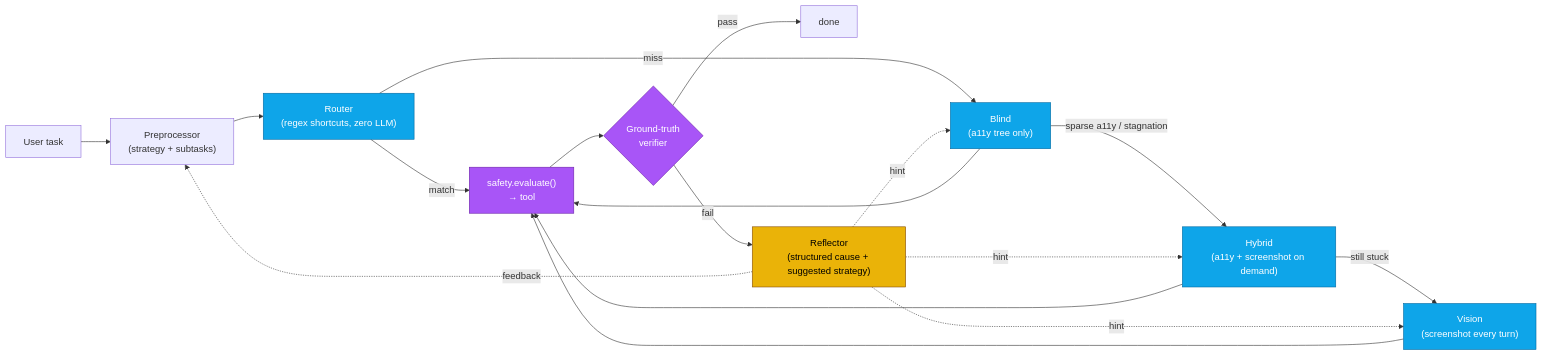
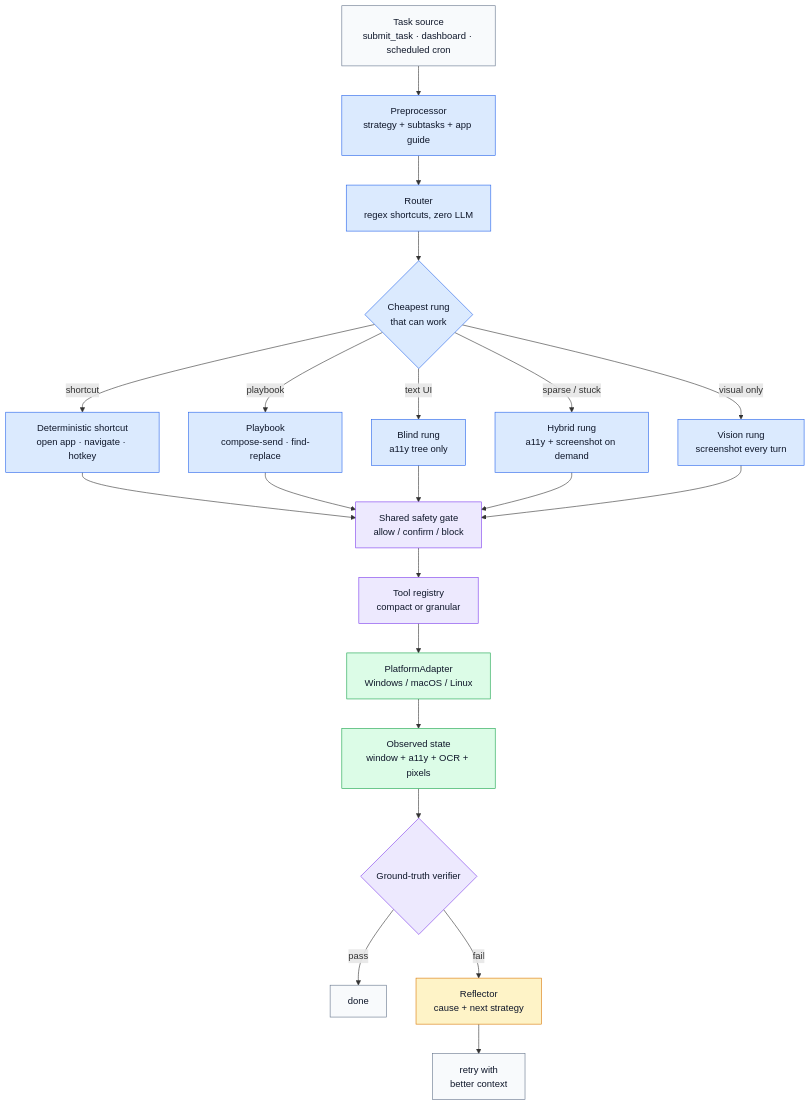
One commit to itsuzef/clawd-cursor changed the first of 2 diagrams in README.md. Above: the diagram before and after it, drawn with Mermaid. The commit also changed other lines of this file and 1 other file, not shown here.

First line of the commit message:
docs: reposition as local MCP server for safe desktop control (#93)

````diff
--- a/README.md
+++ b/README.md
@@ -138,26 +160,38 @@
 ```mermaid
-flowchart LR
-    user["User task"] --> pre["Preprocessor<br/>(strategy + subtasks)"]
-    pre --> router["Router<br/>(regex shortcuts, zero LLM)"]
-    router -- match --> tool["safety.evaluate()<br/>→ tool"]
-    router -- miss --> blind["Blind<br/>(a11y tree only)"]
-    blind --> tool
-    blind -- sparse a11y / stagnation --> hybrid["Hybrid<br/>(a11y + screenshot on demand)"]
-    hybrid --> tool
-    hybrid -- still stuck --> vision["Vision<br/>(screenshot every turn)"]
-    vision --> tool
-    tool --> verifier{"Ground-truth<br/>verifier"}
+flowchart TB
+    user["Task source<br/>submit_task · dashboard · scheduled cron"] --> pre["Preprocessor<br/>strategy + subtasks + app guide"]
+    pre --> router["Router<br/>regex shortcuts, zero LLM"]
+    router --> pick{"Cheapest rung<br/>that can work"}
+
+    pick -- shortcut --> shortcut["Deterministic shortcut<br/>open app · navigate · hotkey"]
+    pick -- playbook --> playbook["Playbook<br/>compose-send · find-replace"]
+    pick -- text UI --> blind["Blind rung<br/>a11y tree only"]
+    pick -- sparse / stuck --> hybrid["Hybrid rung<br/>a11y + screenshot on demand"]
+    pick -- visual only --> vision["Vision rung<br/>screenshot every turn"]
+
+    shortcut --> safety
+    playbook --> safety
+    blind --> safety
+    hybrid --> safety
+    vision --> safety
+
+    safety["Shared safety gate<br/>allow / confirm / block"] --> tools["Tool registry<br/>compact or granular"]
+    tools --> adapter["PlatformAdapter<br/>Windows / macOS / Linux"]
+    adapter --> observed["Observed state<br/>window + a11y + OCR + pixels"]
+    observed --> verifier{"Ground-truth verifier"}
     verifier -- pass --> done["done"]
-    verifier -- fail --> reflector["Reflector<br/>(structured cause + suggested strategy)"]
-    reflector -. feedback .-> pre
-    reflector -. hint .-> blind
-    reflector -. hint .-> hybrid
-    reflector -. hint .-> vision
+    verifier -- fail --> reflector["Reflector<br/>cause + next strategy"]
+    reflector --> retry["retry with<br/>better context"]
 
-    classDef rung fill:#0ea5e9,stroke:#0369a1,color:#fff;
-    classDef gate fill:#a855f7,stroke:#6b21a8,color:#fff;
-    classDef refl fill:#eab308,stroke:#854d0e,color:#000;
-    class router,blind,hybrid,vision rung;
-    class tool,verifier gate;
+    classDef input fill:#f8fafc,stroke:#64748b,color:#0f172a;
+    classDef agent fill:#dbeafe,stroke:#2563eb,color:#0f172a;
+    classDef gate fill:#ede9fe,stroke:#7c3aed,color:#0f172a;
+    classDef desktopNode fill:#dcfce7,stroke:#16a34a,color:#0f172a;
+    classDef refl fill:#fef3c7,stroke:#d97706,color:#0f172a;
+
+    class user,done,retry input;
+    class pre,router,pick,shortcut,playbook,blind,hybrid,vision agent;
+    class safety,tools,verifier gate;
+    class adapter,observed desktopNode;
     class reflector refl;
 ```
````
